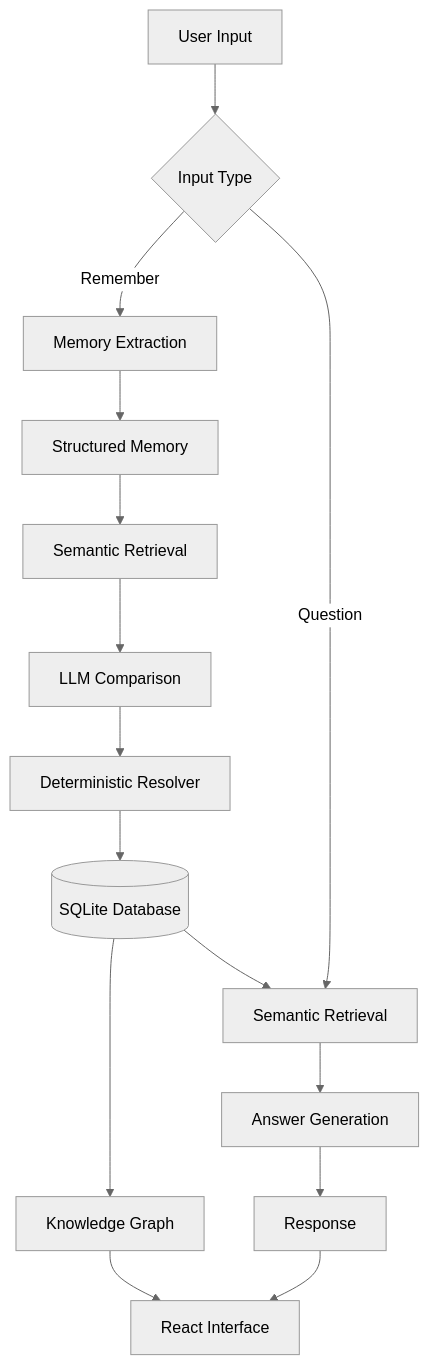
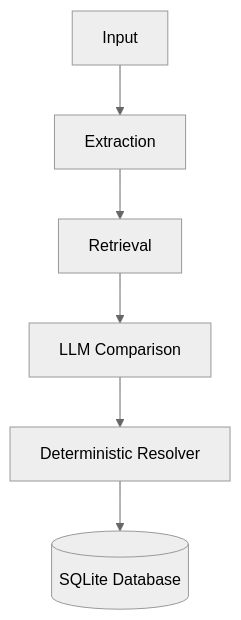
The diagram in README.md (csequenc/MemoryMesh), drawn with Mermaid (neutral theme) before and after one commit. The commit also changed other lines of this file, not shown here.

````diff
--- a/README.md
+++ b/README.md
@@ -21,20 +21,8 @@
 ```mermaid
 flowchart TD
-    A[User Input] --> B{Input Type}
-    B -->|Remember| C[Memory Extraction]
-    B -->|Question| D[Semantic Retrieval]
-    
-    C --> E[Structured Memory]
-    E --> F[Semantic Retrieval]
-    F --> G[LLM Comparison]
-    G --> H[Deterministic Resolver]
-    H --> I[(SQLite Database)]
-    
-    I --> J[Knowledge Graph]
-    I --> D
-    D --> K[Answer Generation]
-    K --> L[Response]
-    
-    J --> M[React Interface]
-    L --> M
+    A[Input] --> B[Extraction]
+    B --> C[Retrieval]
+    C --> D[LLM Comparison]
+    D --> E[Deterministic Resolver]
+    E --> F[(SQLite Database)]
 ```
````
